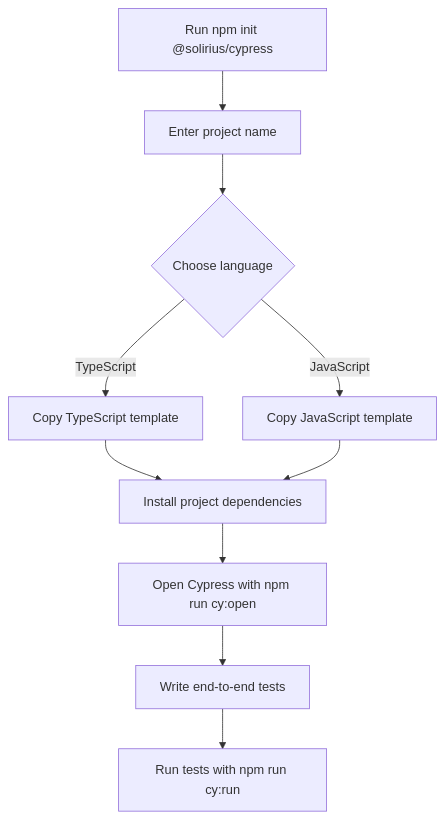
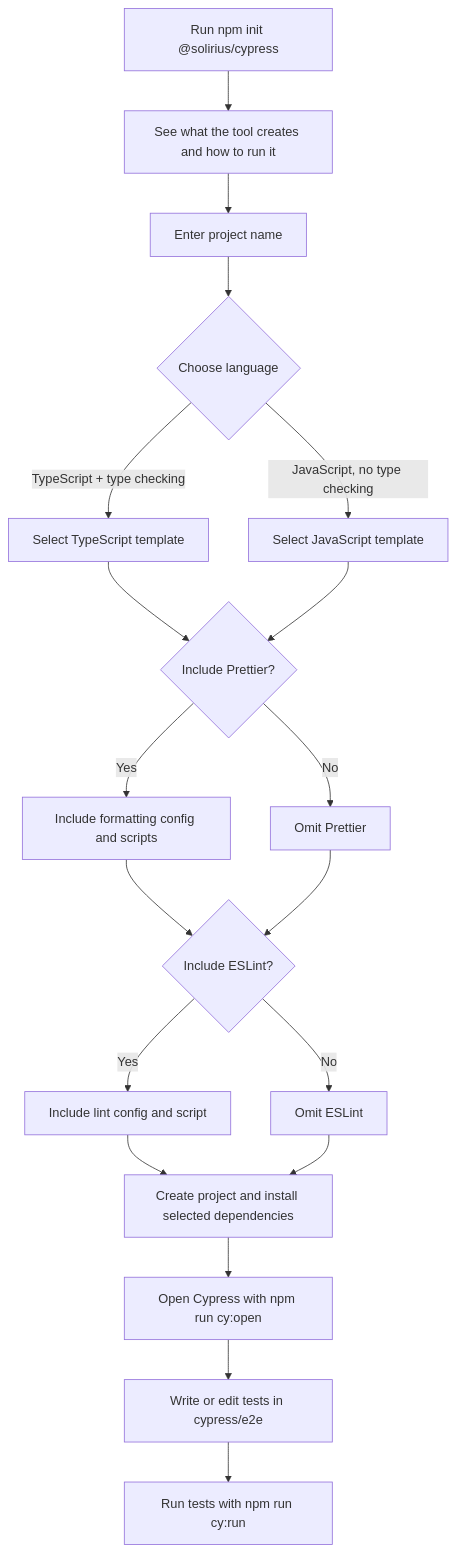
The diagram in README.md (jperry189/cypress-scaffold), drawn with Mermaid before and after one commit. The commit also changed other lines of this file, not shown here.

Commit message:
docs: update readme to reflect eslint/prettier options and trusted publishing flow

````diff
--- a/README.md
+++ b/README.md
@@ -13,12 +62,21 @@
 ```mermaid
 flowchart TD
-    A["Run npm init @solirius/cypress"] --> B["Enter project name"]
-    B --> C{"Choose language"}
-    C -->|TypeScript| D["Copy TypeScript template"]
-    C -->|JavaScript| E["Copy JavaScript template"]
-    D --> F["Install project dependencies"]
-    E --> F
-    F --> G["Open Cypress with npm run cy:open"]
-    G --> H["Write end-to-end tests"]
-    H --> I["Run tests with npm run cy:run"]
+    A["Run npm init @solirius/cypress"] --> B["See what the tool creates and how to run it"]
+    B --> C["Enter project name"]
+    C --> D{"Choose language"}
+    D -->|TypeScript + type checking| E["Select TypeScript template"]
+    D -->|JavaScript, no type checking| F["Select JavaScript template"]
+    E --> G{"Include Prettier?"}
+    F --> G
+    G -->|Yes| H["Include formatting config and scripts"]
+    G -->|No| I["Omit Prettier"]
+    H --> J{"Include ESLint?"}
+    I --> J
+    J -->|Yes| K["Include lint config and script"]
+    J -->|No| L["Omit ESLint"]
+    K --> M["Create project and install selected dependencies"]
+    L --> M
+    M --> N["Open Cypress with npm run cy:open"]
+    N --> O["Write or edit tests in cypress/e2e"]
+    O --> P["Run tests with npm run cy:run"]
 ```
````
